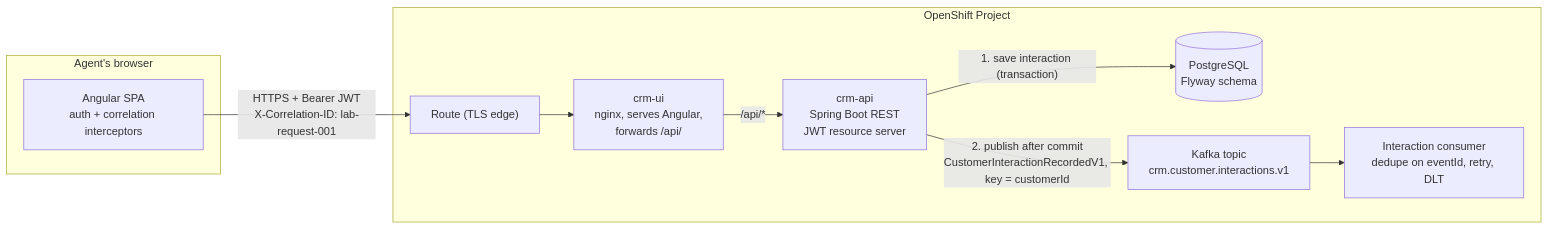
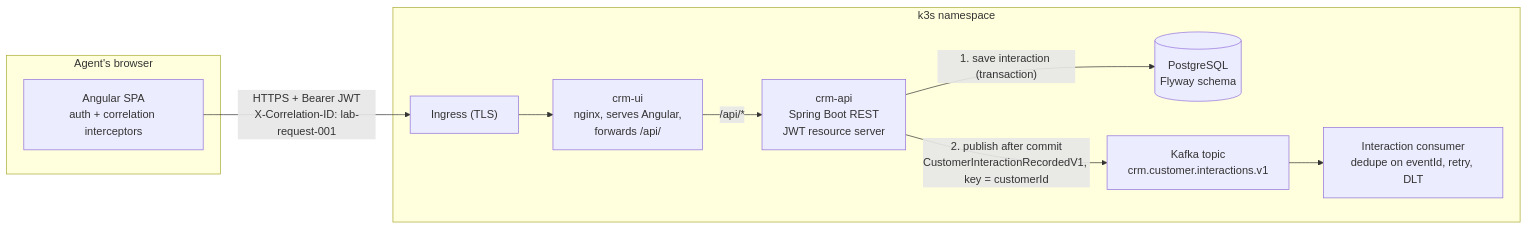
One commit to toobatux-org/capstone-crm changed the diagram in docs/architecture/container.md. Above: the diagram before and after it, drawn with Mermaid. The commit also changed other lines of this file and 12 other files, not shown here.

First line of the commit message:
Update documentation and infrastructure references from OpenShift to k3s

````diff
--- a/docs/architecture/container.md
+++ b/docs/architecture/container.md
@@ -6,20 +6,20 @@
 ```mermaid
 flowchart LR
   subgraph browser["Agent's browser"]
     ui["Angular SPA<br/>auth + correlation interceptors"]
   end
-  subgraph ocp["OpenShift Project"]
-    route["Route (TLS edge)"]
+  subgraph k3s["k3s namespace"]
+    ingress["Ingress (TLS)"]
     nginx["crm-ui<br/>nginx, serves Angular,<br/>forwards /api/"]
     api["crm-api<br/>Spring Boot REST<br/>JWT resource server"]
     pg[("PostgreSQL<br/>Flyway schema")]
     topic["Kafka topic<br/>crm.customer.interactions.v1"]
     consumer["Interaction consumer<br/>dedupe on eventId, retry, DLT"]
   end
-  ui -->|"HTTPS + Bearer JWT<br/>X-Correlation-ID: lab-request-001"| route
-  route --> nginx
+  ui -->|"HTTPS + Bearer JWT<br/>X-Correlation-ID: lab-request-001"| ingress
+  ingress --> nginx
   nginx -->|"/api/*"| api
   api -->|"1. save interaction (transaction)"| pg
   api -->|"2. publish after commit<br/>CustomerInteractionRecordedV1, key = customerId"| topic
   topic --> consumer
 ```
````
